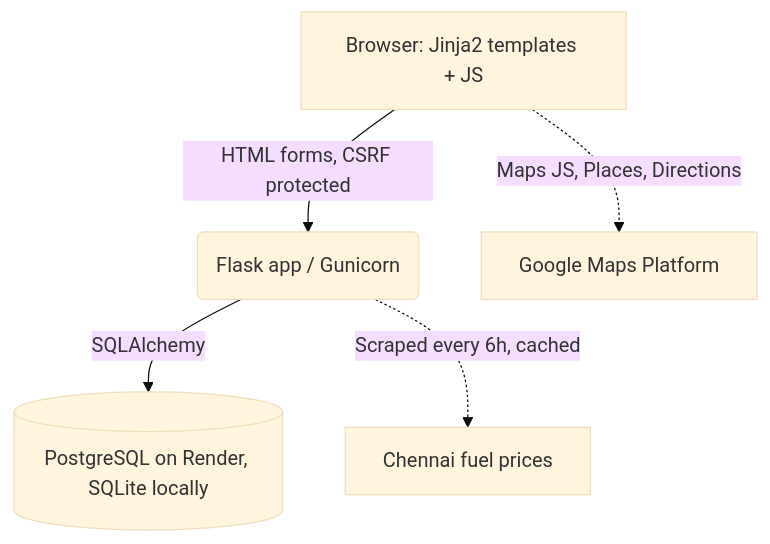
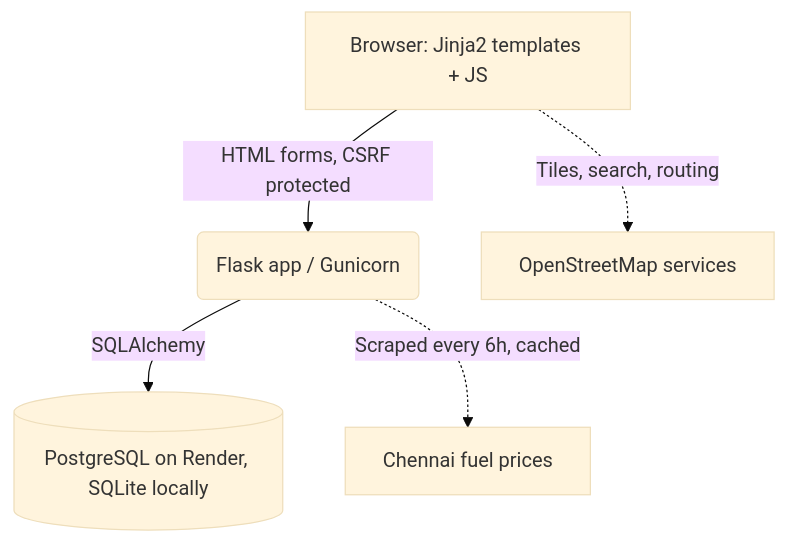
One commit to sarvesh-raam/BroLift changed the diagram in README.md. Above: the diagram before and after it, drawn with Mermaid (base theme). The commit also changed other lines of this file and 10 other files, not shown here.

First line of the commit message:
feat: replace Google Maps with free OpenStreetMap services

````diff
--- a/README.md
+++ b/README.md
@@ -27,7 +27,7 @@
 ```mermaid
 graph TD
     A[Browser: Jinja2 templates + JS] -->|HTML forms, CSRF protected| B(Flask app / Gunicorn)
     B -->|SQLAlchemy| C[(PostgreSQL on Render, SQLite locally)]
-    A -.->|Maps JS, Places, Directions| D[Google Maps Platform]
+    A -.->|Tiles, search, routing| D[OpenStreetMap services]
     B -.->|Scraped every 6h, cached| E[Chennai fuel prices]
 ```
````
